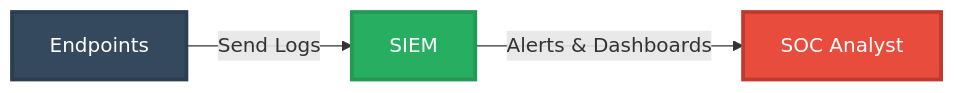
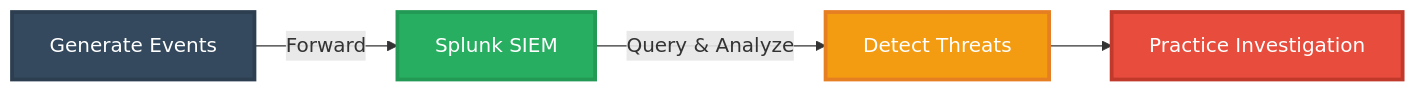
Before and after one commit to 0xMart/Homelab-SOC: the diagram in README.md, drawn with Mermaid.

````diff
--- a/README.md
+++ b/README.md
@@ -5,9 +5,11 @@
 ```mermaid
 flowchart LR
-    A[Endpoints] -->|Send Logs| B[SIEM]
-    B -->|Alerts & Dashboards| C[SOC Analyst]
+    A[Generate Events] -->|Forward| B[Splunk SIEM]
+    B -->|Query & Analyze| C[Detect Threats]
+    C --> D[Practice Investigation]
     
     style A fill:#34495e,stroke:#2c3e50,stroke-width:3px,color:#fff
     style B fill:#27ae60,stroke:#229954,stroke-width:3px,color:#fff
-    style C fill:#e74c3c,stroke:#c0392b,stroke-width:3px,color:#fff
+    style C fill:#f39c12,stroke:#e67e22,stroke-width:3px,color:#fff
+    style D fill:#e74c3c,stroke:#c0392b,stroke-width:3px,color:#fff
 ```
````
